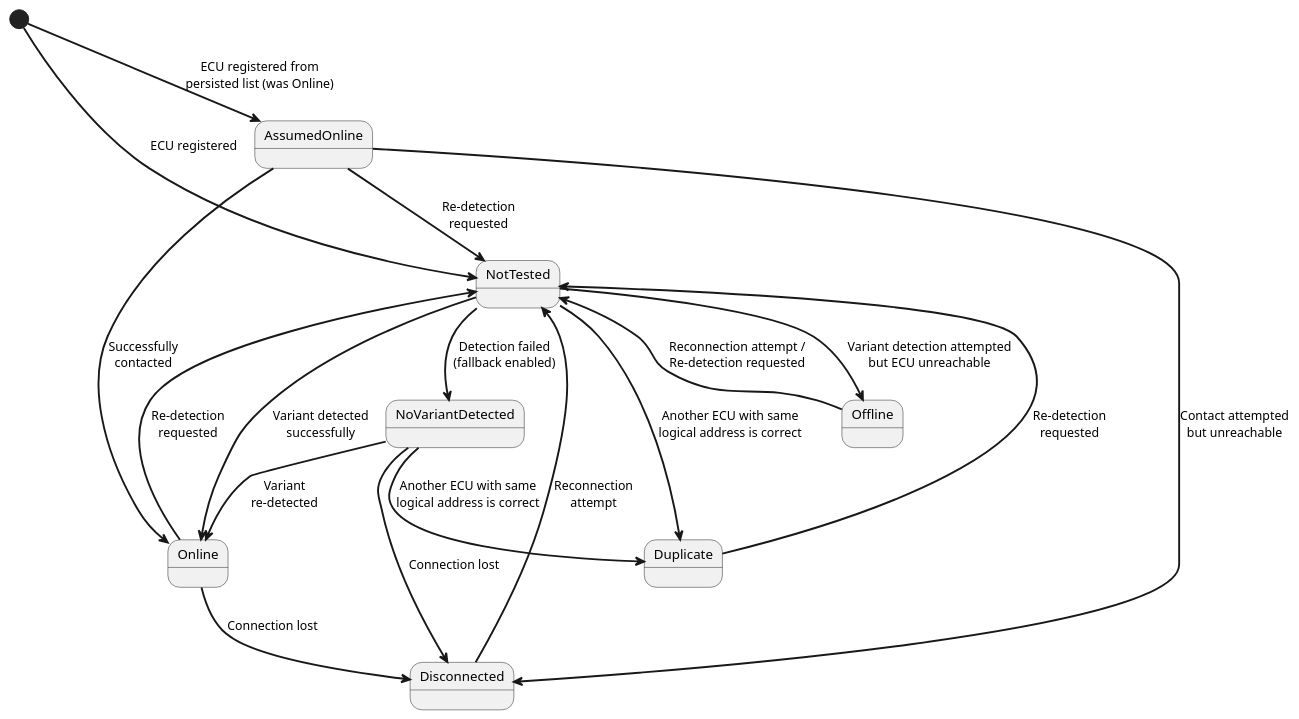
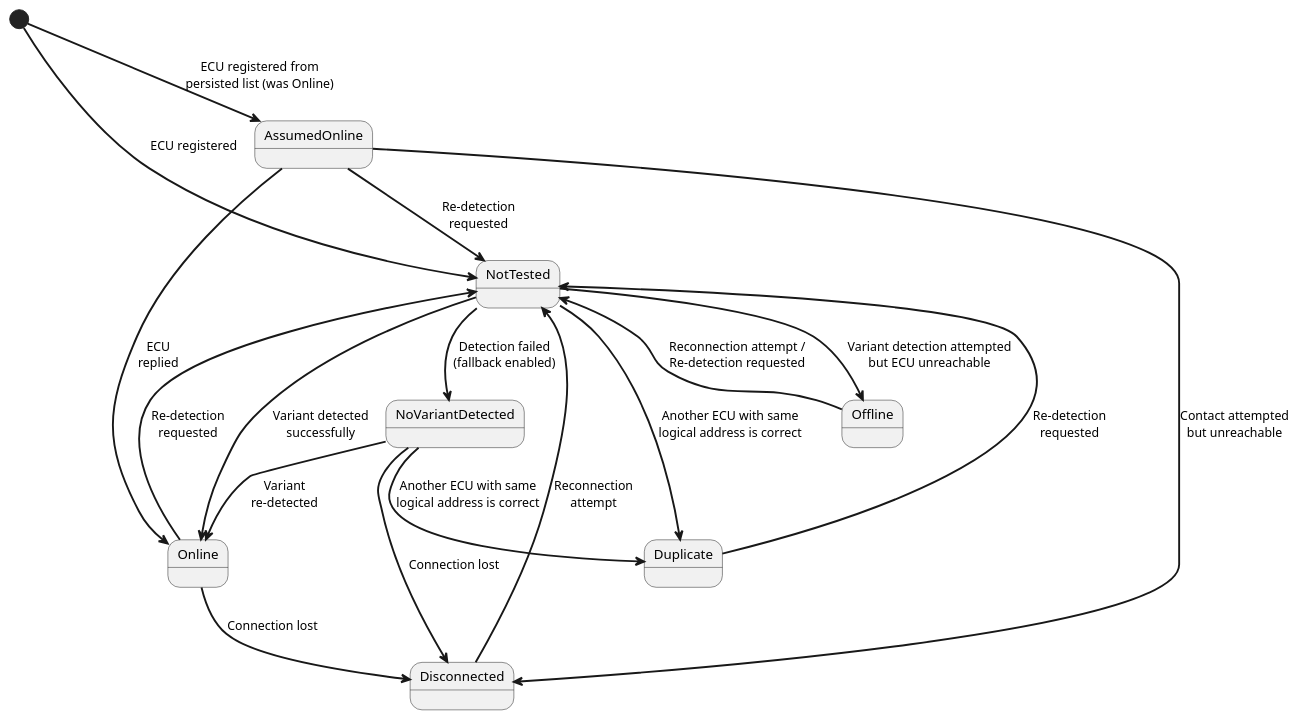
Before and after one commit to eclipse-opensovd/classic-diagnostic-adapter: the second of 2 diagrams in docs/02_requirements/03_diagnostic_tester.rst, drawn with PlantUML. The commit also changed other lines of this file and 4 other files, not shown here.

```diff
--- a/docs/02_requirements/03_diagnostic_tester.rst
+++ b/docs/02_requirements/03_diagnostic_tester.rst
@@ -416,53 +416,53 @@
     .. uml::
         :caption: ECU State Chart
 
         @startuml
         skinparam backgroundColor #FFFFFF
         skinparam stateArrowThickness 2
 
         [*] --> NotTested : ECU registered
         [*] --> AssumedOnline : ECU registered from\npersisted list (was Online)
 
         state NotTested {
         }
 
         state Online {
         }
 
         state AssumedOnline {
         }
 
         state NoVariantDetected {
         }
 
         state Duplicate {
         }
 
         state Offline {
         }
 
         state Disconnected {
         }
 
         NotTested --> Online : Variant detected\nsuccessfully
         NotTested --> NoVariantDetected : Detection failed\n(fallback enabled)
         NotTested --> Duplicate : Another ECU with same\nlogical address is correct
         NotTested --> Offline : Variant detection attempted\nbut ECU unreachable
 
         Offline --> NotTested : Reconnection attempt /\nRe-detection requested
 
         Online --> Disconnected : Connection lost
         Online --> NotTested : Re-detection\nrequested
 
-        AssumedOnline --> Online : Successfully\ncontacted
+        AssumedOnline --> Online : ECU\nreplied
         AssumedOnline --> Disconnected : Contact attempted\nbut unreachable
         AssumedOnline --> NotTested : Re-detection\nrequested
 
         NoVariantDetected --> Online : Variant\nre-detected
         NoVariantDetected --> Duplicate : Another ECU with same\nlogical address is correct
         NoVariantDetected --> Disconnected : Connection lost
 
         Duplicate --> NotTested : Re-detection\nrequested
 
         Disconnected --> NotTested : Reconnection\nattempt
         @enduml
```
